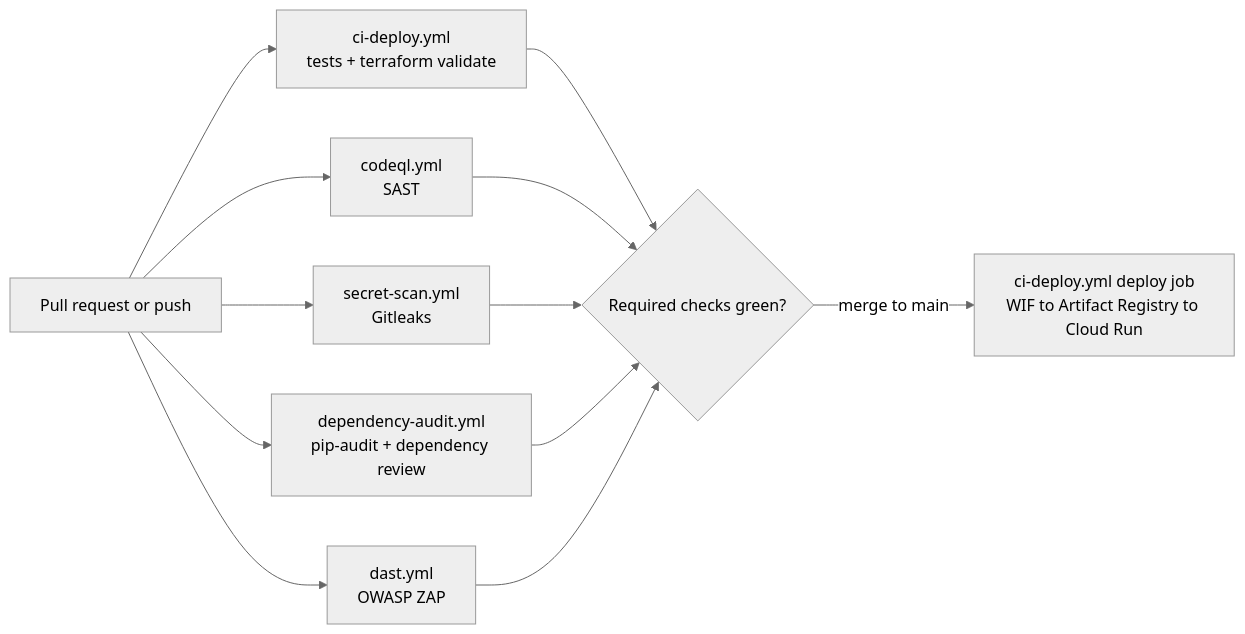
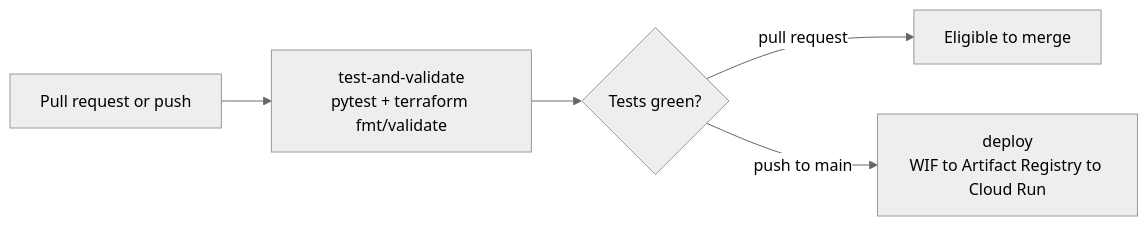
The third of 3 diagrams in README.md (Muedi-M/ColdTrace), drawn with Mermaid (neutral theme) before and after one commit. The commit also changed other lines of this file, not shown here.

````diff
--- a/README.md
+++ b/README.md
@@ -320,14 +338,7 @@
 ```mermaid
 flowchart LR
-    PR[Pull request or push] --> T[ci-deploy.yml<br/>tests + terraform validate]
-    PR --> C[codeql.yml<br/>SAST]
-    PR --> S[secret-scan.yml<br/>Gitleaks]
-    PR --> D[dependency-audit.yml<br/>pip-audit + dependency review]
-    PR --> Z[dast.yml<br/>OWASP ZAP]
-    T --> G{Required checks green?}
-    C --> G
-    S --> G
-    D --> G
-    Z --> G
-    G -->|merge to main| DEP[ci-deploy.yml deploy job<br/>WIF to Artifact Registry to Cloud Run]
+    PR[Pull request or push] --> T[test-and-validate<br/>pytest + terraform fmt/validate]
+    T --> G{Tests green?}
+    G -->|pull request| M[Eligible to merge]
+    G -->|push to main| DEP[deploy<br/>WIF to Artifact Registry to Cloud Run]
 ```
````
